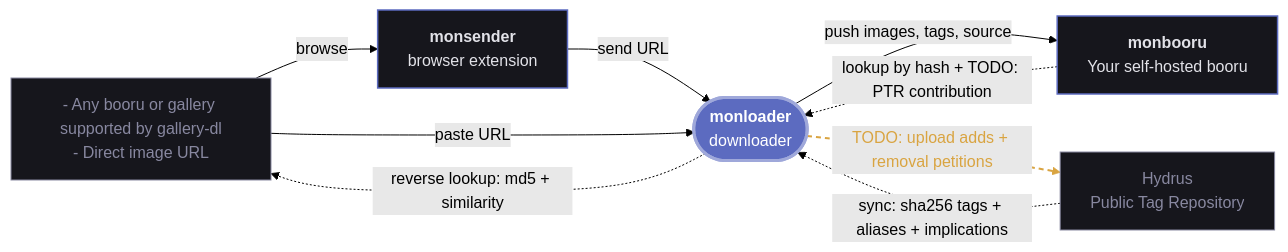
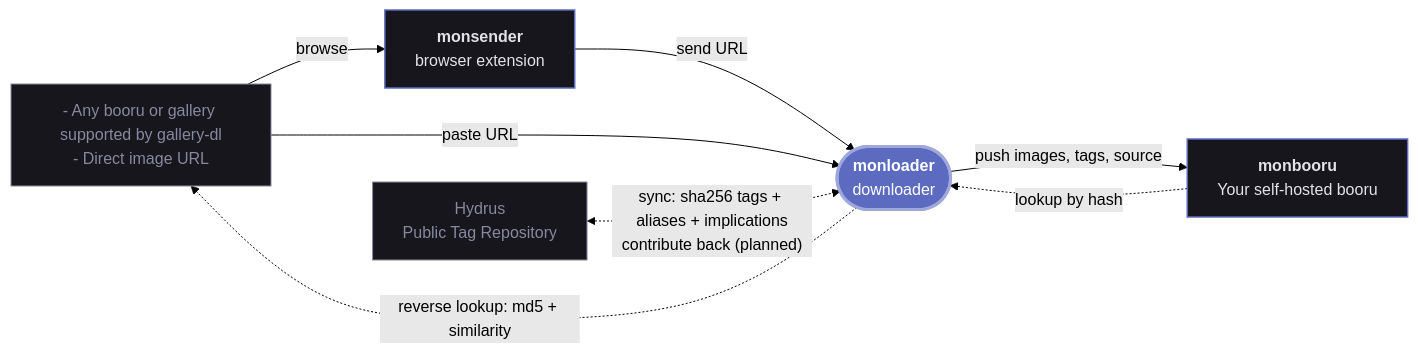
The diagram in README.md (monbooru/monloader), drawn with Mermaid (forest theme) before and after one commit. The commit also changed other lines of this file and 33 other files, not shown here.

````diff
--- a/README.md
+++ b/README.md
@@ -33,29 +33,25 @@
 ```mermaid
 flowchart LR
     web["- Any booru or gallery supported by gallery-dl<br/>- Direct image URL"]
     ptr["Hydrus<br/>Public Tag Repository"]
     sender["<b>monsender</b><br/>browser extension"]
     loader(["<b>monloader</b><br/>downloader"])
     booru["<b>monbooru</b><br/>Your self-hosted booru"]
 
     web -->|browse| sender
     sender -->|send URL| loader
     web -->|paste URL| loader
     loader -->|push images, tags, source| booru
 
-    booru -.->|lookup by hash + TODO: PTR contribution| loader
+    booru -.->|lookup by hash| loader
     loader -.->|reverse lookup: md5 + similarity| web
-    ptr -.->|sync: sha256 tags + aliases + implications| loader
-
-    loader -.->|TODO: upload adds + removal petitions| ptr
-
-    linkStyle 7 stroke:#d9a441,color:#d9a441,stroke-width:2px,stroke-dasharray:5 4;
+    ptr <-.->|"sync: sha256 tags + aliases + implications<br/>contribute back (planned)"| loader
 
     classDef hub  fill:#5c6bc0,stroke:#9fa8da,stroke-width:3px,color:#ffffff;
     classDef tool fill:#16161c,stroke:#5c6bc0,stroke-width:1.5px,color:#e2e2e8;
     classDef src  fill:#16161c,stroke:#8888a0,stroke-width:1px,color:#8888a0;
 
     class loader hub;
     class sender,booru tool;
     class web,ptr src;
 ```
````
